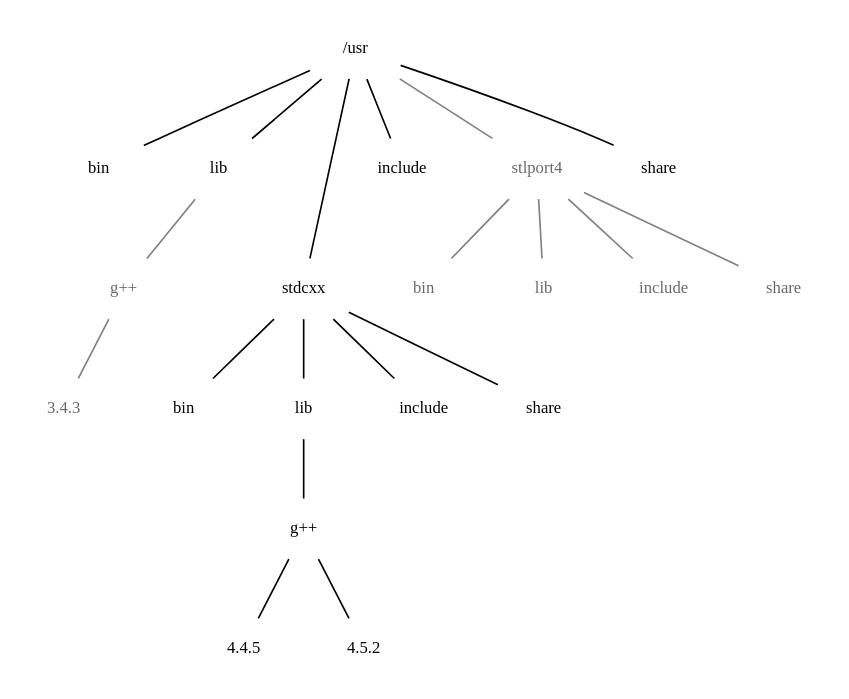
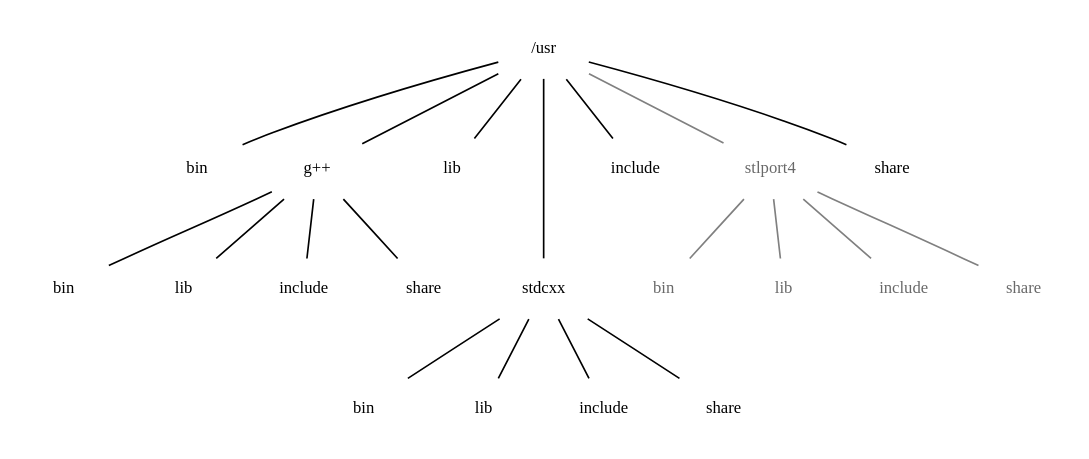
Before and after one commit to sevenmaster/pkgbuild: the diagram in spec-files-extra/trunk/ext-sources/C++-filesystem-layout.dot, drawn with Graphviz. The commit also changed 4 other files, not shown here.

Commit message:
SFEtexi2html.spec: initial spec SFEmpd.spec: add missing dependency ext-sources/C++-filesystem-layout.dot: show the new arrangement

```diff
--- a/spec-files-extra/trunk/ext-sources/C++-filesystem-layout.dot
+++ b/spec-files-extra/trunk/ext-sources/C++-filesystem-layout.dot
@@ -1,37 +1,54 @@
+# C++-filesystem-layout.dot
+#
+# Describes the projected SFE file system layout of C++ libraries, compiled with
+# Sun Studio CC against stdcxx or stlport4, or with g++.
+#
+# Here is the link to a svg image produced by this file at the SFE Wiki:
+# https://sourceforge.net/apps/mediawiki/pkgbuild/index.php?title=File:C%2B%2B-filesystem-layout.svg#file
+#
+# To locally produce viewable files from this dot file, you need SFEgraphviz.
+# dot -T svg -o C++-filesystem-layout.svg C++-filesystem-layout.dot
+
 digraph G {
 	node [shape=plaintext,fontsize="10pt"]
 	edge [dir=none]
 	usr [label="/usr"]
 	usr -> bin
+	usr -> gpp
+	gpp -> gpp_bin
+	gpp -> gpp_lib
+	gpp -> gpp_include
+	gpp -> gpp_share
 	usr -> lib
-	lib -> gpp [color=gray]
-	gpp -> gpp_v1 [color=gray]
 	usr -> stdcxx [minlen=2]
 	stdcxx -> sx_bin
-	stdcxx -> sx_lib -> sx_gpp
-	sx_gpp -> gpp_v2
-	sx_gpp -> gpp_v3
+	stdcxx -> sx_lib
 	stdcxx -> sx_include
 	stdcxx -> sx_share
 	usr -> include
 	usr -> stlport4 [color=gray]
 	usr -> share
 	stlport4 -> st4_bin [color=gray]
 	stlport4 -> st4_lib [color=gray]
 	stlport4 -> st4_include [color=gray]
 	stlport4 -> st4_share [color=gray]
-	sx_gpp [label="g++"]
-	gpp [label="g++",fontcolor=dimgray]
-	gpp_v1 [label="3.4.3",fontcolor=dimgray]
-	gpp_v2 [label="4.4.5"]
-	gpp_v3 [label="4.5.2"]
 	sx_bin [label="bin"]
 	sx_lib [label="lib"]
 	sx_include [label="include"]
 	sx_share [label="share"]
 	stlport4 [fontcolor=dimgray]
+	gpp [label="g++"]
+	gpp_bin [label="bin"]
+	gpp_lib [label="lib"]
+	gpp_include [label="include"]
+	gpp_share [label="share"]
 	st4_bin [label="bin"] [fontcolor=dimgray]
 	st4_lib [label="lib"] [fontcolor=dimgray]
 	st4_include [label="include"] [fontcolor=dimgray]
 	st4_share [label="share"] [fontcolor=dimgray]
 }
+
+#* May 19 2011 - Alex Viskovatoff
+#- Packages for libs built with gcc now provide their own headers etc.
+#* Feb 03 2011 - Alex Viskovatoff
+#- Initial version
```
